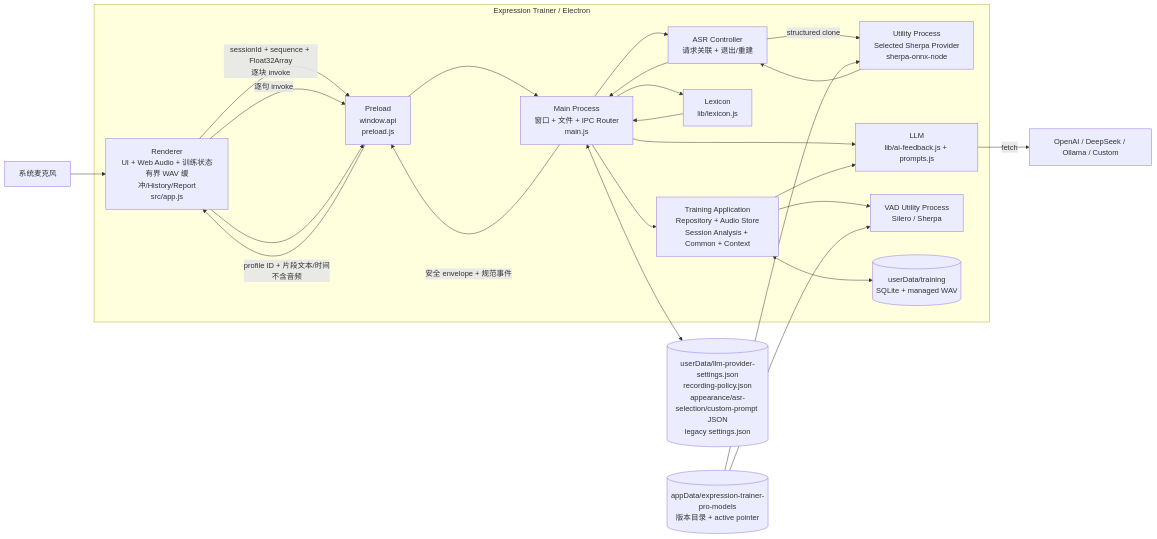
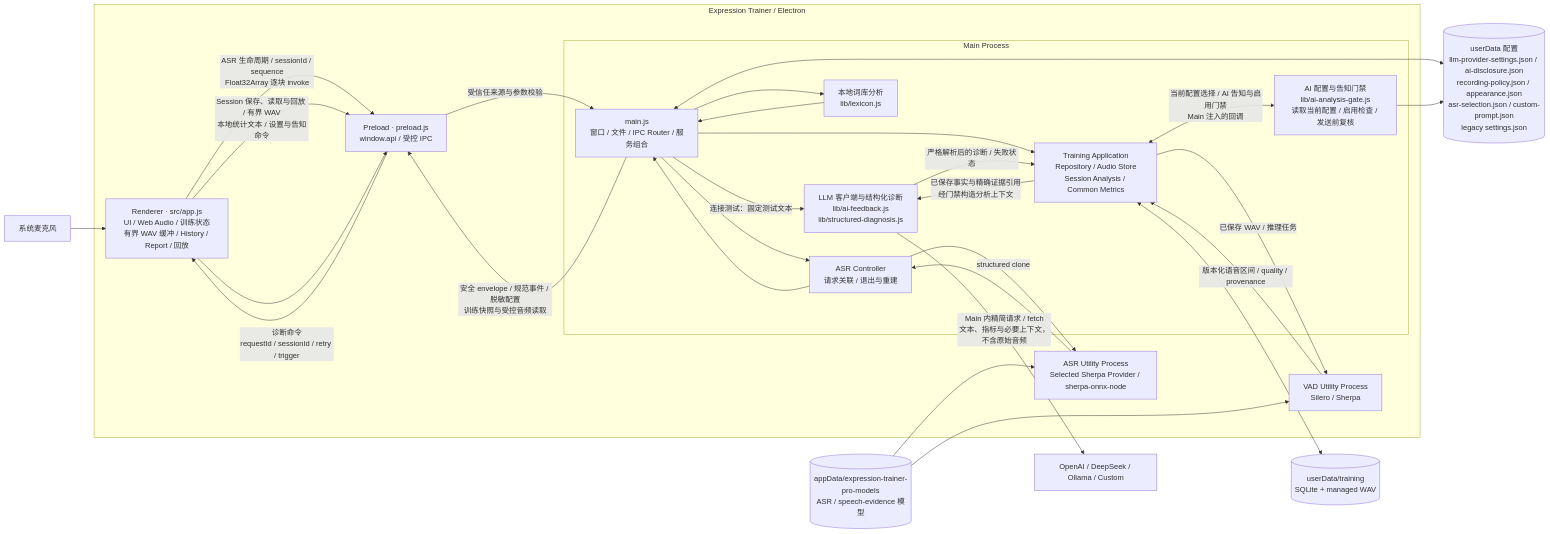
One commit to morigejile/expression-trainer-pro changed the diagram in docs/architecture/current.md. Above: the diagram before and after it, drawn with Mermaid. The commit also changed other lines of this file and 7 other files, not shown here.

````diff
--- a/docs/architecture/current.md
+++ b/docs/architecture/current.md
@@ -91,43 +91,50 @@
 ```mermaid
 flowchart LR
-  Mic[系统麦克风]
-  LLM[OpenAI / DeepSeek / Ollama / Custom]
-  Model[(appData/expression-trainer-pro-models\n版本目录 + active pointer)]
-  UserData[(userData/llm-provider-settings.json\nrecording-policy.json\nappearance/asr-selection/custom-prompt JSON\nlegacy settings.json)]
+  Mic["系统麦克风"]
+  LLM["OpenAI / DeepSeek / Ollama / Custom"]
+  Model[("appData/expression-trainer-pro-models<br/>ASR / speech-evidence 模型")]
+  UserData[("userData 配置<br/>llm-provider-settings.json / ai-disclosure.json<br/>recording-policy.json / appearance.json<br/>asr-selection.json / custom-prompt.json<br/>legacy settings.json")]
+  DB[("userData/training<br/>SQLite + managed WAV")]
 
-  subgraph Electron[Expression Trainer / Electron]
-    R[Renderer\nUI + Web Audio + 训练状态\n有界 WAV 缓冲/History/Report\nsrc/app.js]
-    P[Preload\nwindow.api\npreload.js]
-    M[Main Process\n窗口 + 文件 + IPC Router\nmain.js]
-    C[ASR Controller\n请求关联 + 退出/重建]
-    A[Utility Process\nSelected Sherpa Provider\nsherpa-onnx-node]
-    X[Lexicon\nlib/lexicon.js]
-    F[LLM\nlib/ai-feedback.js + prompts.js]
-    T[Training Application\nRepository + Audio Store\nSession Analysis + Common + Context]
-    V[VAD Utility Process\nSilero / Sherpa]
-    DB[(userData/training\nSQLite + managed WAV)]
+  subgraph Electron["Expression Trainer / Electron"]
+    R["Renderer · src/app.js<br/>UI / Web Audio / 训练状态<br/>有界 WAV 缓冲 / History / Report / 回放"]
+    P["Preload · preload.js<br/>window.api / 受控 IPC"]
+    subgraph Main["Main Process"]
+      M["main.js<br/>窗口 / 文件 / IPC Router / 服务组合"]
+      C["ASR Controller<br/>请求关联 / 退出与重建"]
+      X["本地词库分析<br/>lib/lexicon.js"]
+      T["Training Application<br/>Repository / Audio Store<br/>Session Analysis / Common Metrics"]
+      G["AI 配置与告知门禁<br/>lib/ai-analysis-gate.js<br/>读取当前配置 / 启用检查 / 发送前复核"]
+      F["LLM 客户端与结构化诊断<br/>lib/ai-feedback.js<br/>lib/structured-diagnosis.js"]
+    end
+    A["ASR Utility Process<br/>Selected Sherpa Provider / sherpa-onnx-node"]
+    V["VAD Utility Process<br/>Silero / Sherpa"]
   end
 
   Mic --> R
-  R -->|sessionId + sequence + Float32Array\n逐块 invoke| P
-  P --> M
+  R -->|"ASR 生命周期 / sessionId / sequence<br/>Float32Array 逐块 invoke"| P
+  R -->|"Session 保存、读取与回放 / 有界 WAV<br/>本地统计文本 / 设置与告知命令"| P
+  R -->|"诊断命令<br/>requestId / sessionId / retry / trigger"| P
+  P -->|"受信任来源与参数校验"| M
   M --> C
   C -->|structured clone| A
   Model --> A
   A --> C
   C --> M
-  M -->|安全 envelope + 规范事件| P
+  M -->|"安全 envelope / 规范事件 / 脱敏配置<br/>训练快照与受控音频读取"| P
   P --> R
-  R -->|逐句 invoke| P
-  R -->|profile ID + 片段文本/时间\n不含音频| P
   M --> X
   X --> M
-  M --> F
-  F -->|fetch| LLM
+  M -->|"连接测试：固定测试文本"| F
   M <--> UserData
   M --> T
   T <--> DB
-  T --> V
+  T -->|"已保存 WAV / 推理任务"| V
+  V -->|"版本化语音区间 / quality / provenance"| T
   Model --> V
-  T --> F
+  T <-->|"当前配置选择 / AI 告知与启用门禁<br/>Main 注入的回调"| G
+  G --> UserData
+  T -->|"已保存事实与精确证据引用<br/>经门禁构造分析上下文"| F
+  F -->|"Main 内精简请求 / fetch<br/>文本、指标与必要上下文，不含原始音频"| LLM
+  F -->|"严格解析后的诊断 / 失败状态"| T
 ```
````
